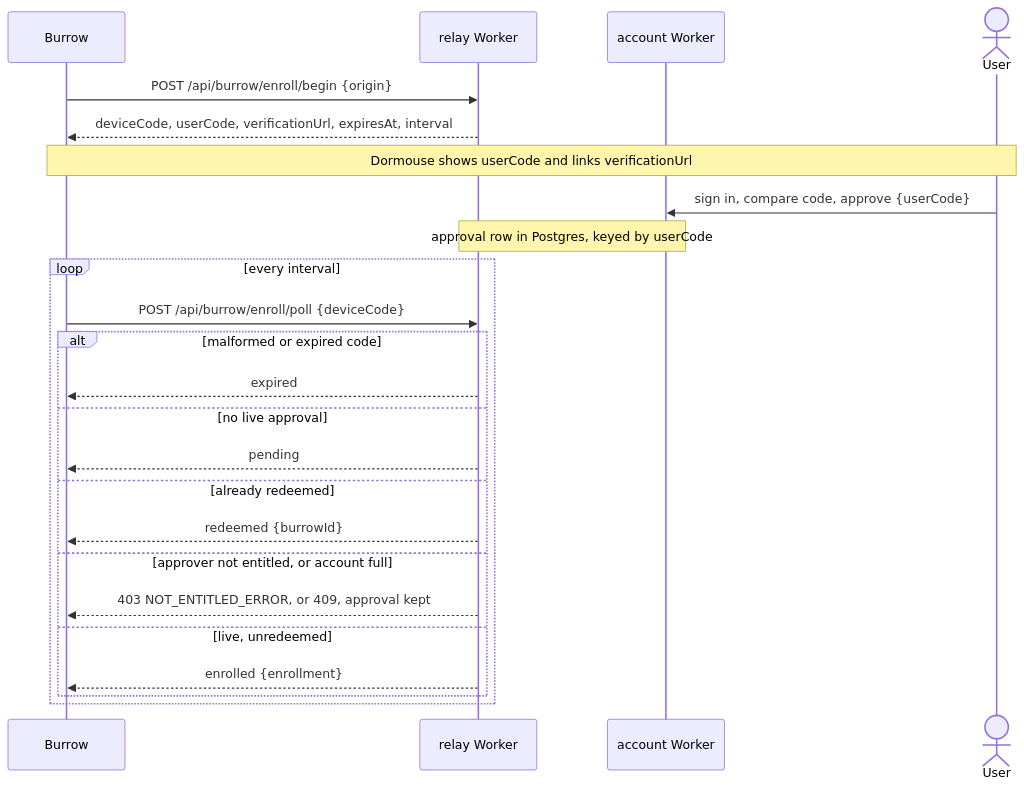
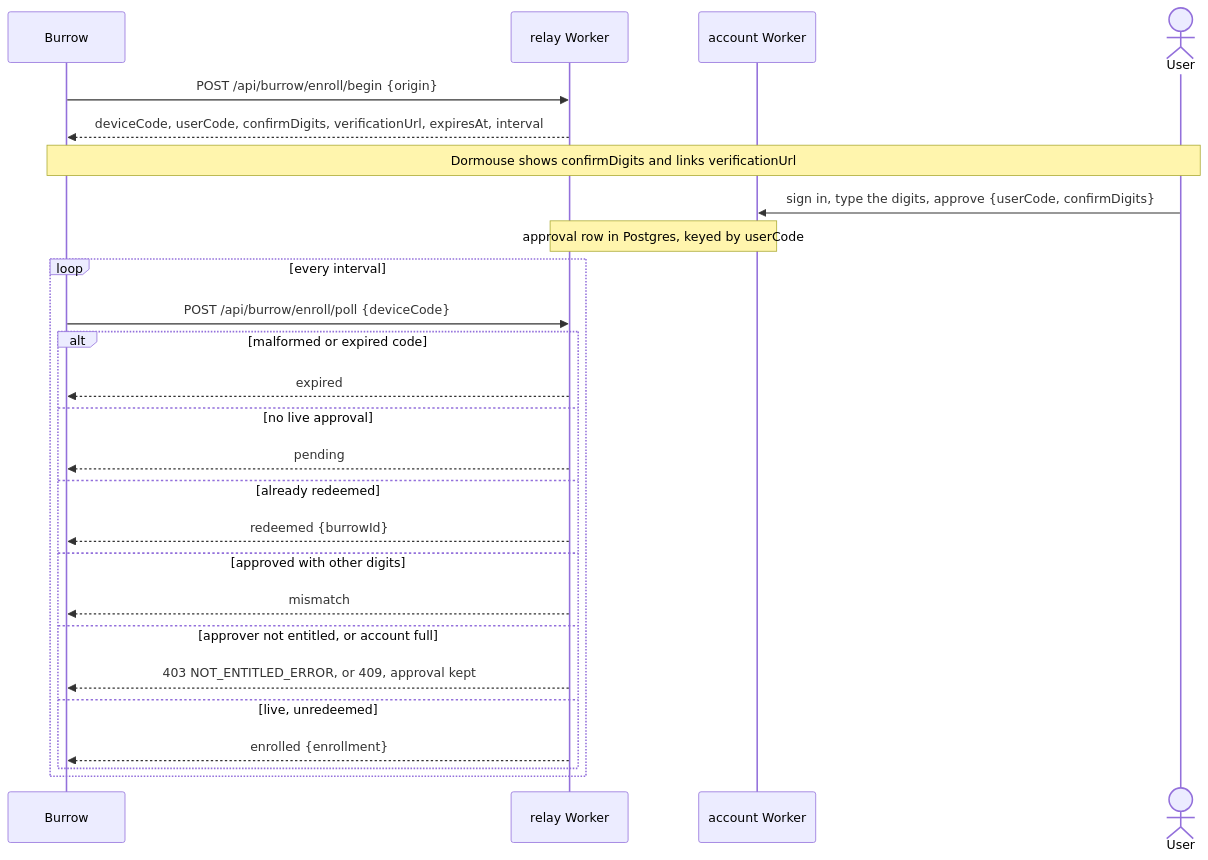
The diagram in docs/specs/hosted.md (diffplug/dormouse), drawn with Mermaid before and after one commit. The commit also changed other lines of this file and 8 other files, not shown here.

````diff
--- a/docs/specs/hosted.md
+++ b/docs/specs/hosted.md
@@ -180,26 +180,28 @@
 ```mermaid
 sequenceDiagram
   participant Burrow
   participant R as relay Worker
   participant A as account Worker
   actor User
   Burrow->>R: POST /api/burrow/enroll/begin {origin}
-  R-->>Burrow: deviceCode, userCode, verificationUrl, expiresAt, interval
-  Note over Burrow,User: Dormouse shows userCode and links verificationUrl
-  User->>A: sign in, compare code, approve {userCode}
+  R-->>Burrow: deviceCode, userCode, confirmDigits, verificationUrl, expiresAt, interval
+  Note over Burrow,User: Dormouse shows confirmDigits and links verificationUrl
+  User->>A: sign in, type the digits, approve {userCode, confirmDigits}
   Note over R,A: approval row in Postgres, keyed by userCode
   loop every interval
     Burrow->>R: POST /api/burrow/enroll/poll {deviceCode}
     alt malformed or expired code
       R-->>Burrow: expired
     else no live approval
       R-->>Burrow: pending
     else already redeemed
       R-->>Burrow: redeemed {burrowId}
+    else approved with other digits
+      R-->>Burrow: mismatch
     else approver not entitled, or account full
       R-->>Burrow: 403 NOT_ENTITLED_ERROR, or 409, approval kept
     else live, unredeemed
       R-->>Burrow: enrolled {enrollment}
     end
   end
 ```
````
